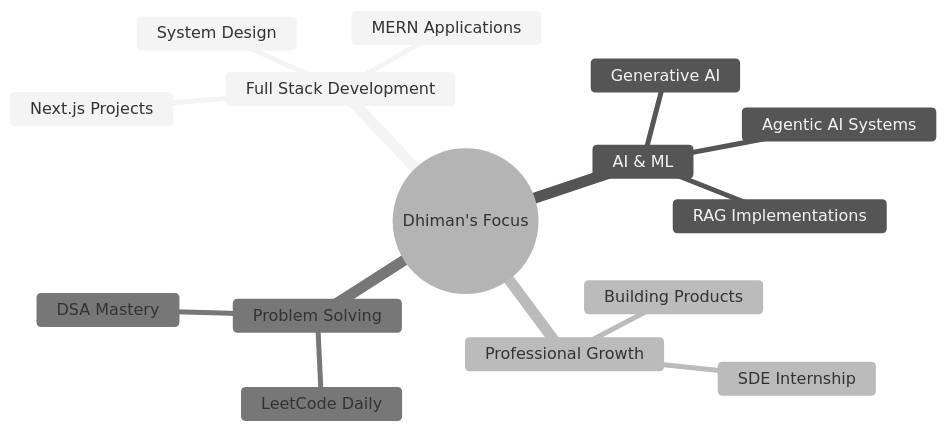
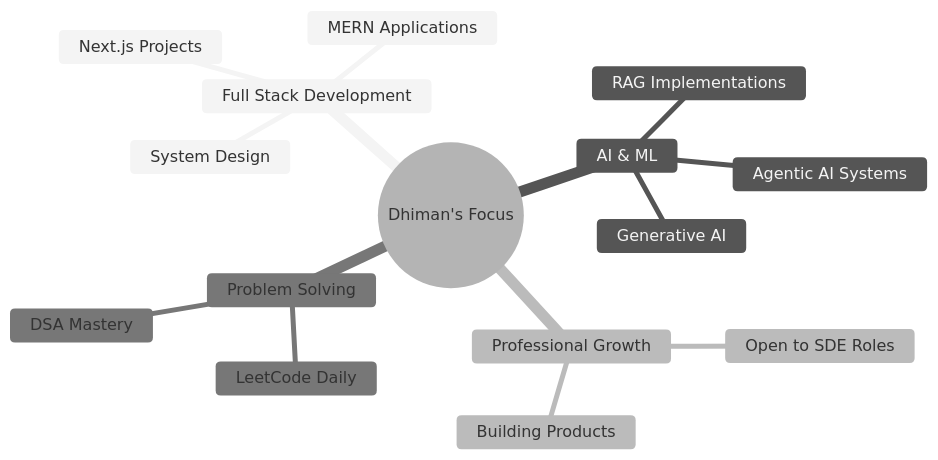
The diagram in README.md (DhimanMajumdar/DhimanMajumdar), drawn with Mermaid (neutral theme) before and after one commit. The commit also changed other lines of this file, not shown here.

````diff
--- a/README.md
+++ b/README.md
@@ -113,18 +109,18 @@
 ```mermaid
 mindmap
   root((Dhiman's Focus))
     Full Stack Development
       Next.js Projects
       MERN Applications
       System Design
     AI & ML
       Generative AI
       Agentic AI Systems
       RAG Implementations
     Professional Growth
-      SDE Internship
+      Open to SDE Roles
       Building Products
     Problem Solving
       LeetCode Daily
       DSA Mastery
 ```
````
